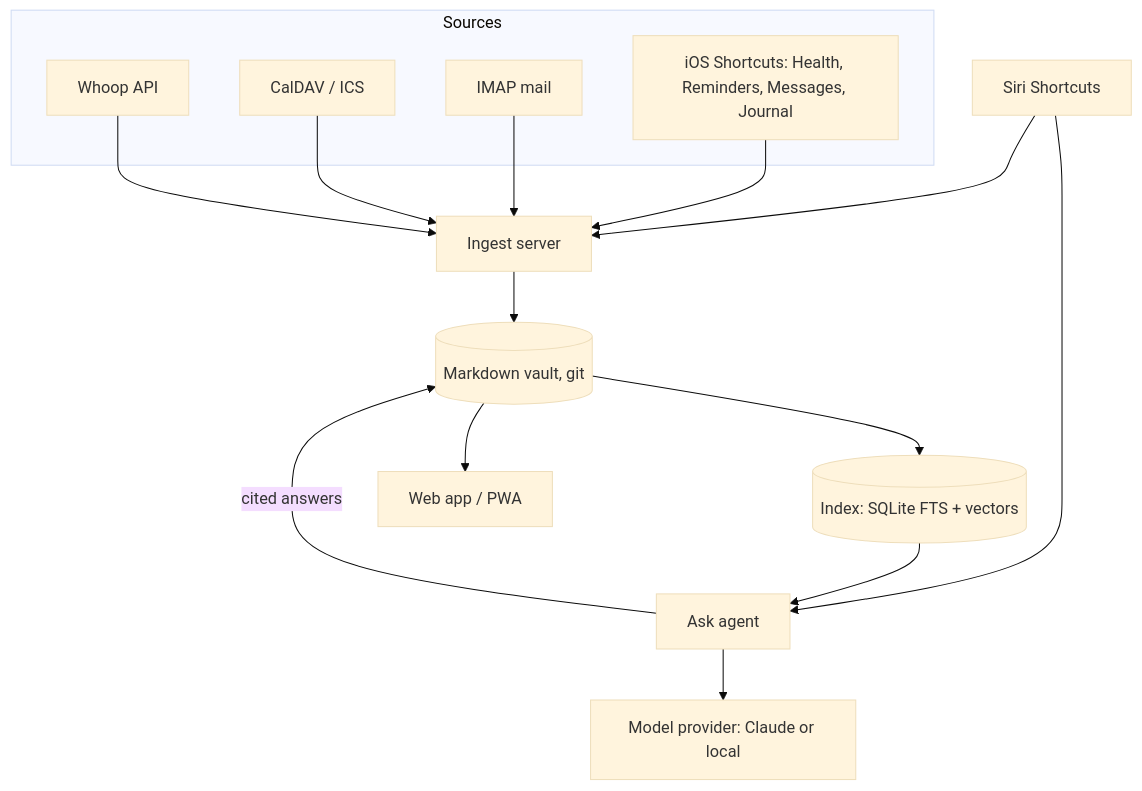
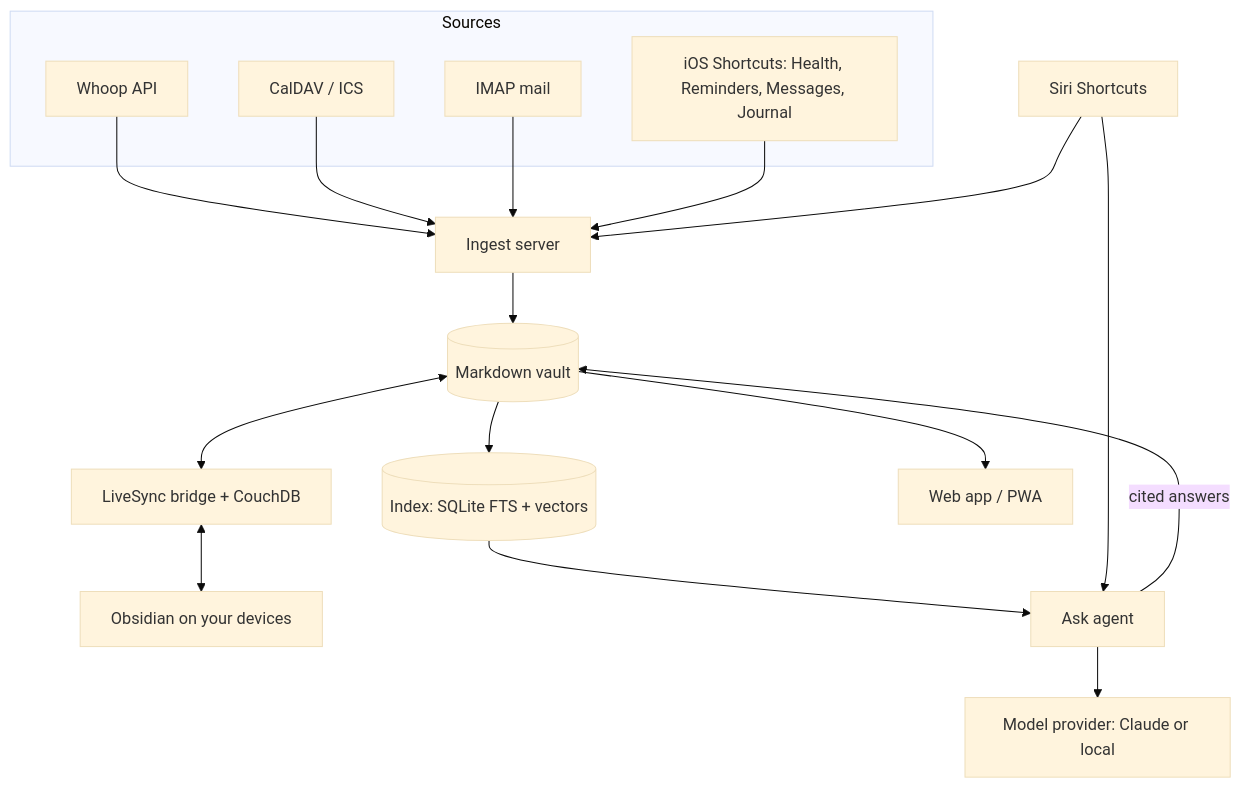
One commit to pkrshnan/dashboardify changed the diagram in docs/architecture.md. Above: the diagram before and after it, drawn with Mermaid (base theme). The commit also changed other lines of this file and 1 other file, not shown here.

Commit message:
Plan: sync the vault with Self-hosted LiveSync, keep git for history
Pranav chose Obsidian Self-hosted LiveSync (CouchDB on the Arch server)
so Obsidian mobile works for quick capture. livesync-bridge mirrors it to
the plain-file vault the server uses; git stays on the server for history
and backups only.

Claude-Session: https://claude.ai/code/session_018hxCYTKm389UFzCtsgNZQS

````diff
--- a/docs/architecture.md
+++ b/docs/architecture.md
@@ -15,18 +15,19 @@
 ```mermaid
 flowchart TD
   subgraph Sources
     W[Whoop API]
     C[CalDAV / ICS]
     M[IMAP mail]
     S[iOS Shortcuts: Health, Reminders, Messages, Journal]
   end
   W & C & M & S --> I[Ingest server]
-  I --> V[(Markdown vault, git)]
+  I --> V[(Markdown vault)]
+  V <--> L[LiveSync bridge + CouchDB] <--> O[Obsidian on your devices]
   V --> X[(Index: SQLite FTS + vectors)]
   X --> A[Ask agent]
   A --> P[Model provider: Claude or local]
   A -- cited answers --> V
   V --> U[Web app / PWA]
   Siri[Siri Shortcuts] --> A
   Siri --> I
 ```
````
